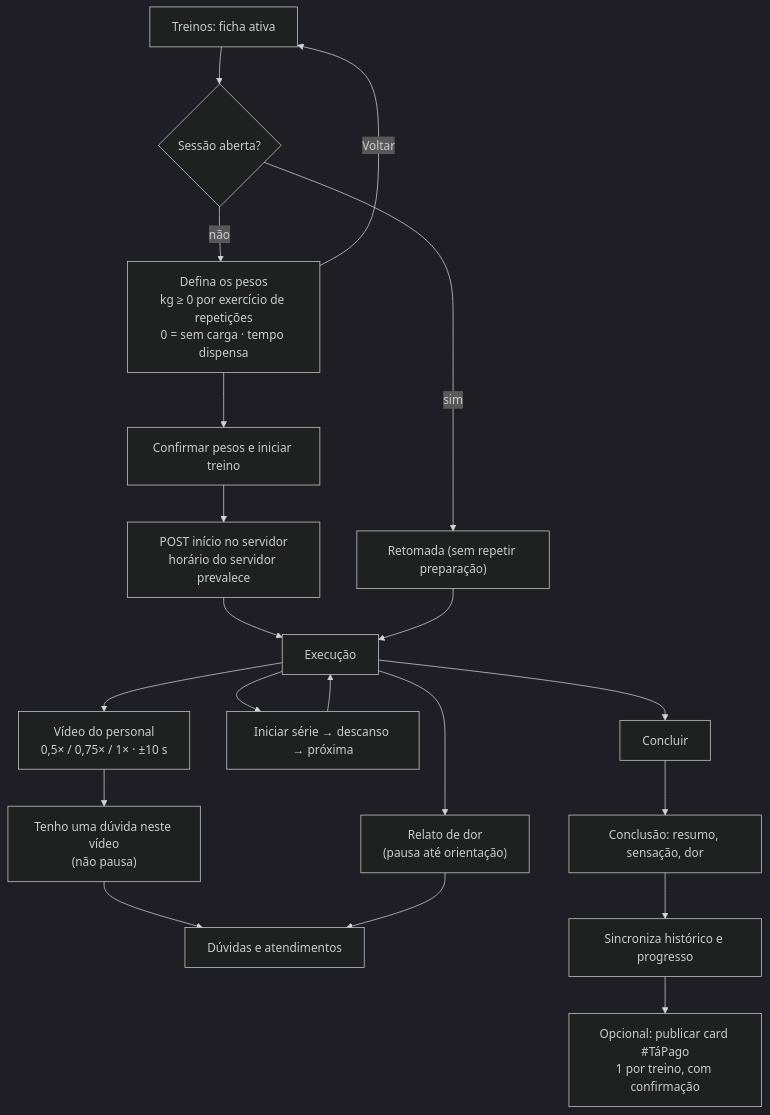
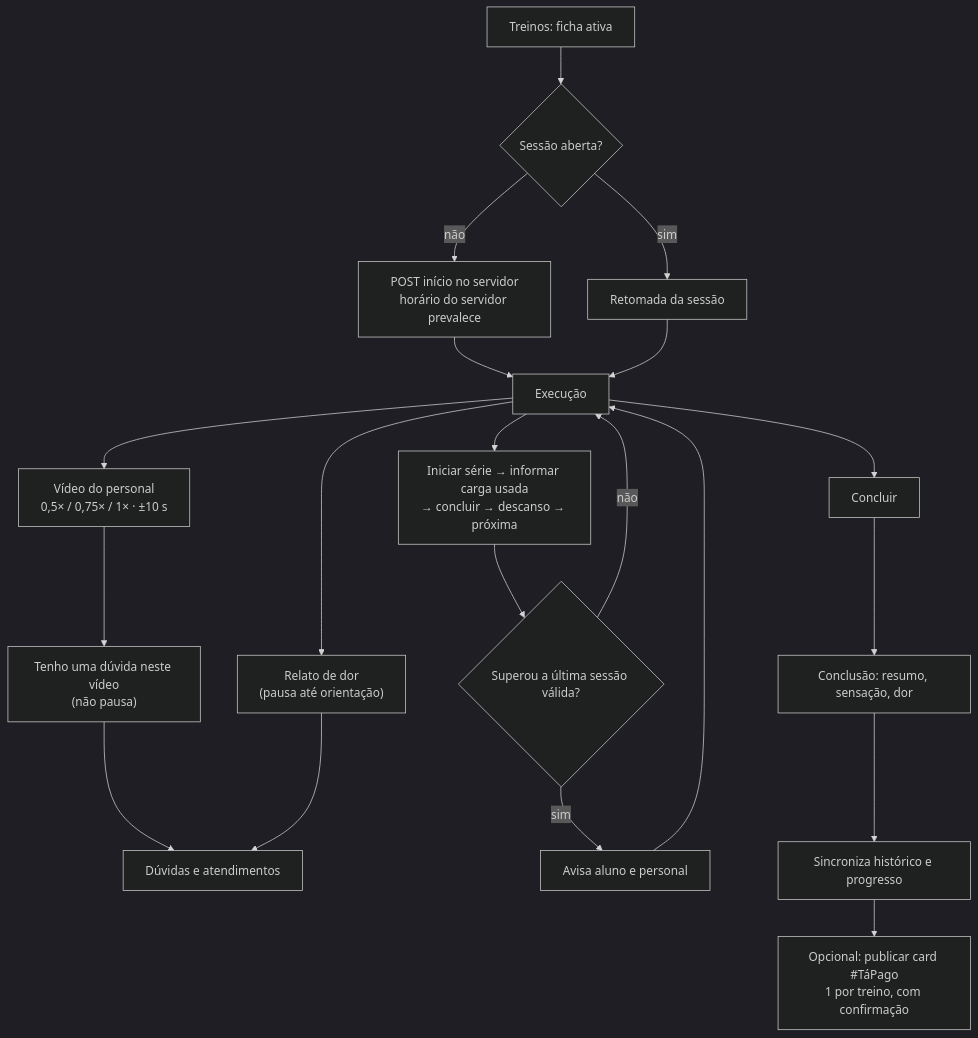
The seventh of 12 diagrams in docs/PRD-PROJETO-VITOR.md (Trindadelucas0/projetovitor), drawn with Mermaid (dark theme) before and after one commit. The commit also changed other lines of this file and 21 other files, not shown here.

````diff
--- a/docs/PRD-PROJETO-VITOR.md
+++ b/docs/PRD-PROJETO-VITOR.md
@@ -531,22 +535,22 @@
 ```mermaid
 flowchart TD
   T["Treinos: ficha ativa"] --> D{"Sessão aberta?"}
-  D -- sim --> RET["Retomada (sem repetir preparação)"]
-  D -- não --> PREP["Defina os pesos<br/>kg ≥ 0 por exercício de repetições<br/>0 = sem carga · tempo dispensa"]
-  PREP -->|Voltar| T
-  PREP --> CONF["Confirmar pesos e iniciar treino"]
-  CONF --> SRV["POST início no servidor<br/>horário do servidor prevalece"]
+  D -- sim --> RET["Retomada da sessão"]
+  D -- não --> SRV["POST início no servidor<br/>horário do servidor prevalece"]
   SRV --> EX["Execução"]
   RET --> EX
   EX --> V["Vídeo do personal<br/>0,5× / 0,75× / 1× · ±10 s"]
   V --> Q["Tenho uma dúvida neste vídeo<br/>(não pausa)"]
   Q --> FILA["Dúvidas e atendimentos"]
   EX --> DOR["Relato de dor<br/>(pausa até orientação)"]
   DOR --> FILA
-  EX --> SET["Iniciar série → descanso → próxima"]
-  SET --> EX
+  EX --> SET["Iniciar série → informar carga usada<br/>→ concluir → descanso → próxima"]
+  SET --> INC{"Superou a última sessão válida?"}
+  INC -- sim --> AV["Avisa aluno e personal"]
+  INC -- não --> EX
+  AV --> EX
   EX --> FIN["Concluir"]
   FIN --> DONE["Conclusão: resumo, sensação, dor"]
   DONE --> SYNC["Sincroniza histórico e progresso"]
   SYNC --> TP["Opcional: publicar card #TáPago<br/>1 por treino, com confirmação"]
 ```
````
